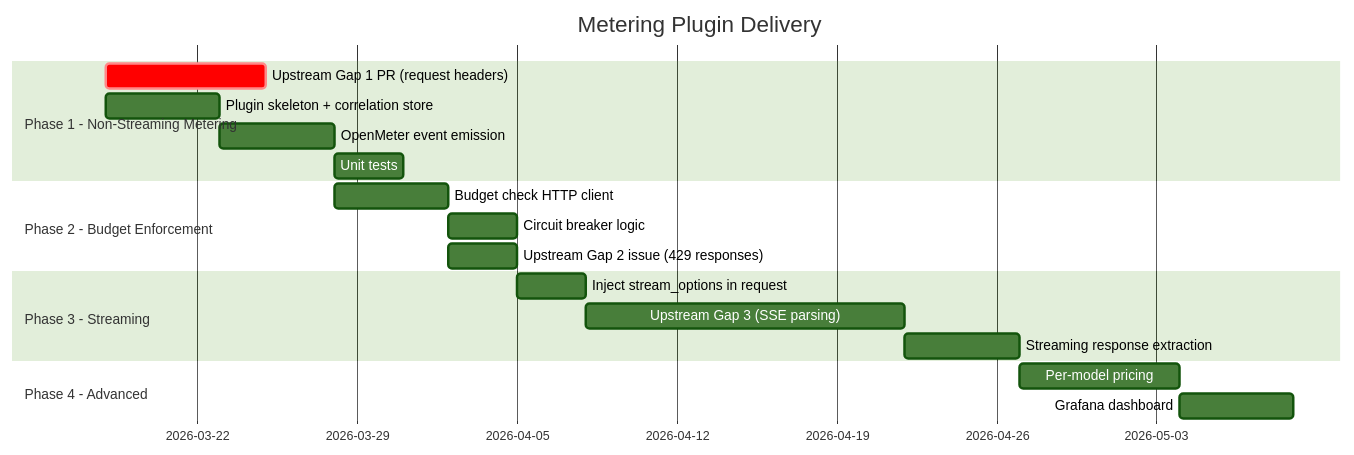
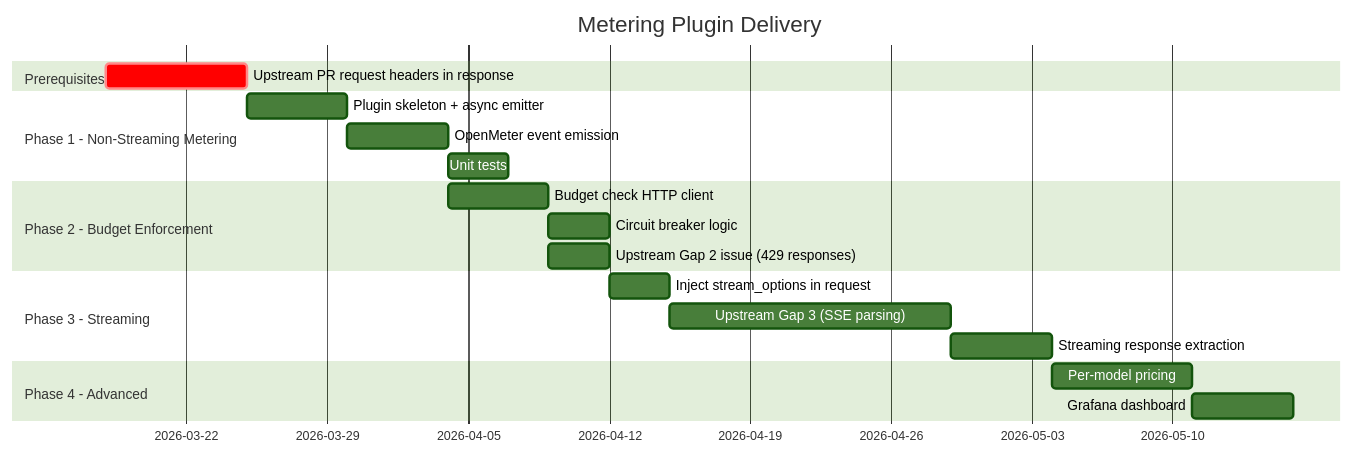
The seventh of 7 diagrams in metering-chargeback-plugin/design.md (noyitz/maas-designs), drawn with Mermaid (forest theme) before and after one commit. The commit also changed other lines of this file, not shown here.

First line of the commit message:
refactor: simplify metering design - assume framework correlation support

````diff
--- a/metering-chargeback-plugin/design.md
+++ b/metering-chargeback-plugin/design.md
@@ -511,21 +434,22 @@
 ```mermaid
 gantt
     title Metering Plugin Delivery
     dateFormat YYYY-MM-DD
+    section Prerequisites
+        Upstream PR request headers in response  :crit, g1, 2026-03-18, 7d
     section Phase 1 - Non-Streaming Metering
-        Upstream Gap 1 PR (request headers)    :crit, g1, 2026-03-18, 7d
-        Plugin skeleton + correlation store     :p1a, 2026-03-18, 5d
-        OpenMeter event emission               :p1b, after p1a, 5d
-        Unit tests                             :p1c, after p1b, 3d
+        Plugin skeleton + async emitter          :p1a, after g1, 5d
+        OpenMeter event emission                 :p1b, after p1a, 5d
+        Unit tests                               :p1c, after p1b, 3d
     section Phase 2 - Budget Enforcement
-        Budget check HTTP client               :p2a, after p1b, 5d
-        Circuit breaker logic                  :p2b, after p2a, 3d
-        Upstream Gap 2 issue (429 responses)   :g2, after p2a, 3d
+        Budget check HTTP client                 :p2a, after p1b, 5d
+        Circuit breaker logic                    :p2b, after p2a, 3d
+        Upstream Gap 2 issue (429 responses)     :g2, after p2a, 3d
     section Phase 3 - Streaming
-        Inject stream_options in request       :p3a, after p2b, 3d
-        Upstream Gap 3 (SSE parsing)           :g3, after p3a, 14d
-        Streaming response extraction          :p3b, after g3, 5d
+        Inject stream_options in request         :p3a, after p2b, 3d
+        Upstream Gap 3 (SSE parsing)             :g3, after p3a, 14d
+        Streaming response extraction            :p3b, after g3, 5d
     section Phase 4 - Advanced
-        Per-model pricing                      :p4a, after p3b, 7d
-        Grafana dashboard                      :p4b, after p4a, 5d
+        Per-model pricing                        :p4a, after p3b, 7d
+        Grafana dashboard                        :p4b, after p4a, 5d
 ```
````
